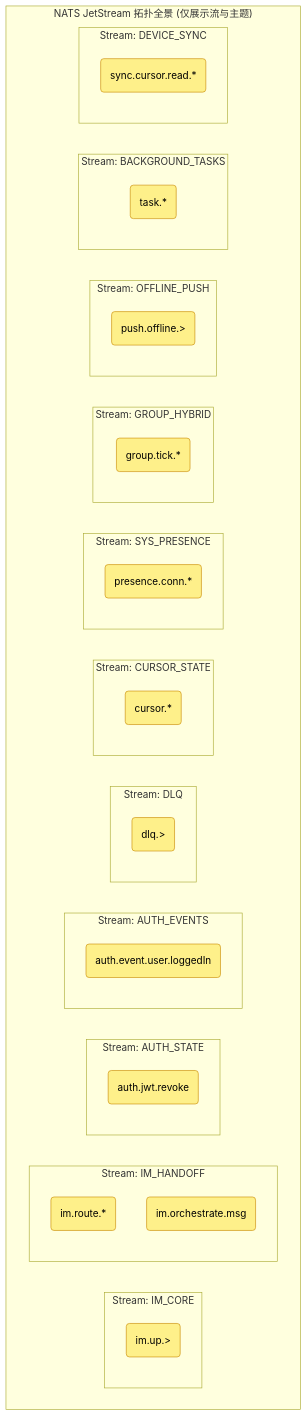
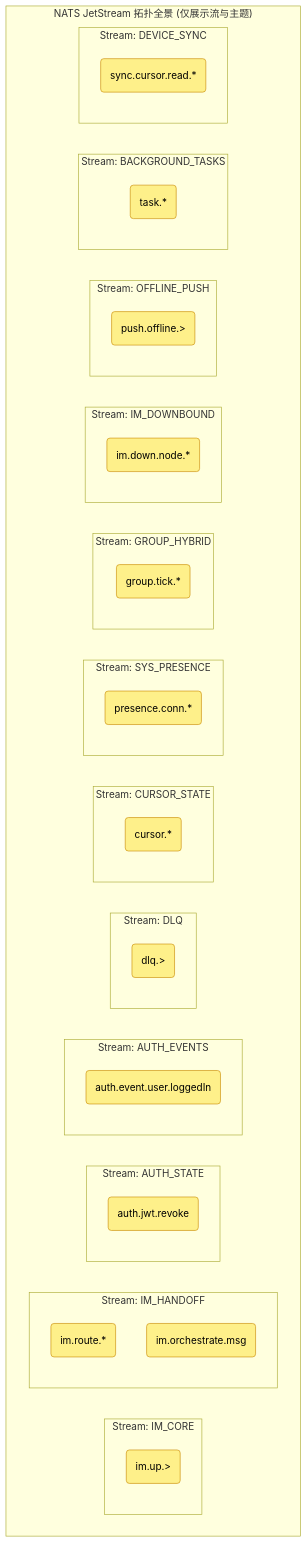
Before and after one commit to JamesWilson19970101/ocean.chat.docs: the first of 13 diagrams in i18n/zh-CN/docusaurus-plugin-content-docs/current/devdocs/jetstream-strategy.md, drawn with Mermaid. The commit also changed other lines of this file and 1 other file, not shown here.

First line of the commit message:
docs(nats): update jetstream strategy and add IM_DOWNBOUND stream

````diff
--- a/i18n/zh-CN/docusaurus-plugin-content-docs/current/devdocs/jetstream-strategy.md
+++ b/i18n/zh-CN/docusaurus-plugin-content-docs/current/devdocs/jetstream-strategy.md
@@ -25,42 +25,45 @@
 ```mermaid
 flowchart TB
     classDef stream fill:#dcfce7,stroke:#16a34a,stroke-width:2px,color:#000;
     classDef subject fill:#fef08a,stroke:#ca8a04,stroke-width:1px,color:#000;
 
     subgraph JetStream ["NATS JetStream 拓扑全景 (仅展示流与主题)"]
         subgraph S_CORE ["Stream: IM_CORE"]
             UP("im.up.>"):::subject
         end
         subgraph S_HANDOFF ["Stream: IM_HANDOFF"]
             ROUTE("im.route.*"):::subject
             ORCH("im.orchestrate.msg"):::subject
         end
         subgraph S_AUTH ["Stream: AUTH_STATE"]
             REVOKE("auth.jwt.revoke"):::subject
         end
         subgraph S_AUTH_EVENTS ["Stream: AUTH_EVENTS"]
             LOGGEDIN("auth.event.user.loggedIn"):::subject
         end
         subgraph S_DLQ ["Stream: DLQ"]
             DLQ("dlq.>"):::subject
         end
         subgraph S_CURSOR ["Stream: CURSOR_STATE"]
             CURSOR("cursor.*"):::subject
         end
         subgraph S_SYS ["Stream: SYS_PRESENCE"]
             CONN("presence.conn.*"):::subject
         end
         subgraph S_HYBRID ["Stream: GROUP_HYBRID"]
             TICK("group.tick.*"):::subject
         end
+        subgraph S_DOWNBOUND ["Stream: IM_DOWNBOUND"]
+            DOWN("im.down.node.*"):::subject
+        end
         subgraph S_PUSH ["Stream: OFFLINE_PUSH"]
             PUSH("push.offline.>"):::subject
         end
         subgraph S_TASK ["Stream: BACKGROUND_TASKS"]
             TASK("task.*"):::subject
         end
         subgraph S_SYNC ["Stream: DEVICE_SYNC"]
             SYNC("sync.cursor.read.*"):::subject
         end
     end
 ```
````
